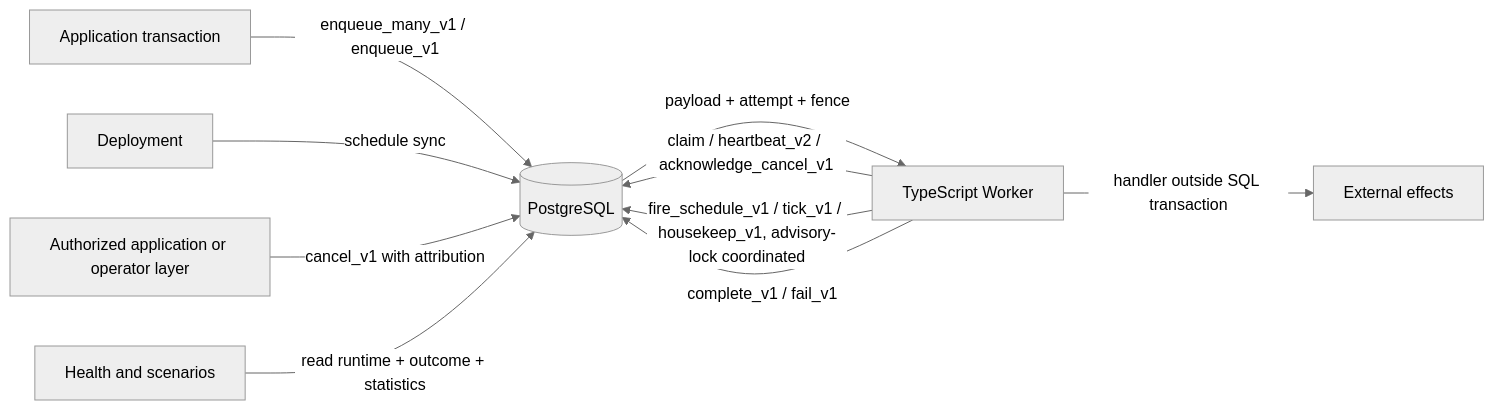
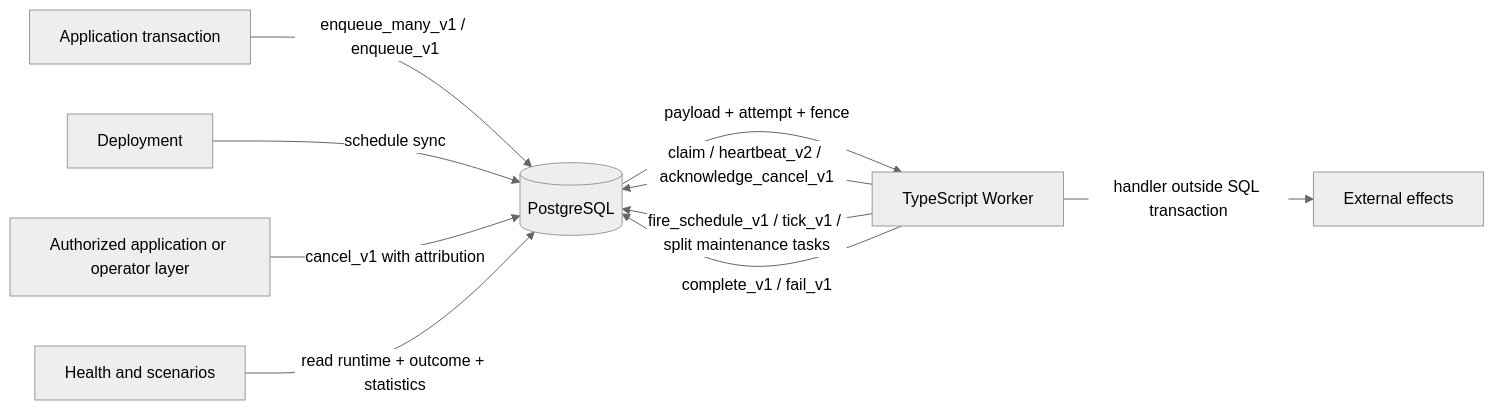
Before and after one commit to stablemates/workhorse: the first of 3 diagrams in docs/architecture.md, drawn with Mermaid (neutral theme). The commit also changed other lines of this file and 28 other files, not shown here.

````diff
--- a/docs/architecture.md
+++ b/docs/architecture.md
@@ -20,12 +20,12 @@
 ```mermaid
 flowchart LR
   App[Application transaction] -->|enqueue_many_v1 / enqueue_v1| PG[(PostgreSQL)]
   Deploy[Deployment] -->|schedule sync| PG
   Worker[TypeScript Worker] -->|claim / heartbeat_v2 / acknowledge_cancel_v1| PG
   Operator[Authorized application or operator layer] -->|cancel_v1 with attribution| PG
-  Worker -->|fire_schedule_v1 / tick_v1 / housekeep_v1, advisory-lock coordinated| PG
+  Worker -->|fire_schedule_v1 / tick_v1 / split maintenance tasks| PG
   PG -->|payload + attempt + fence| Worker
   Worker -->|handler outside SQL transaction| Effects[External effects]
   Worker -->|complete_v1 / fail_v1| PG
   Health[Health and scenarios] -->|read runtime + outcome + statistics| PG
 ```
````
